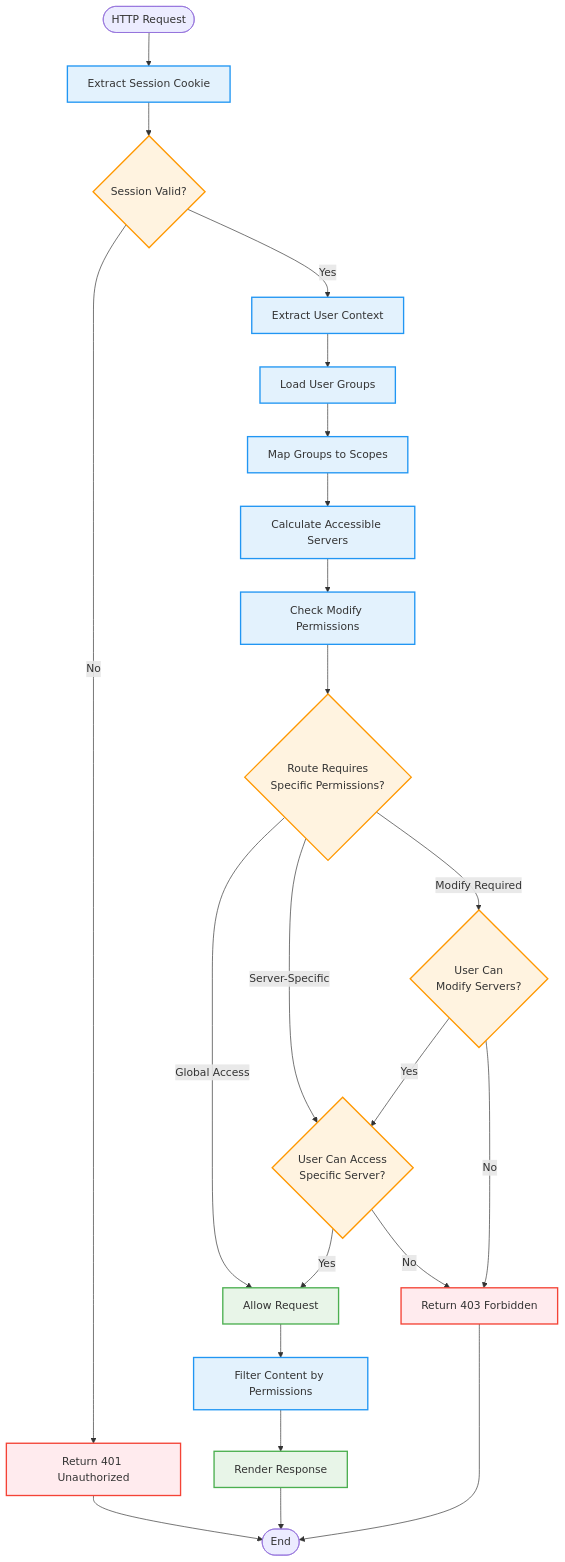
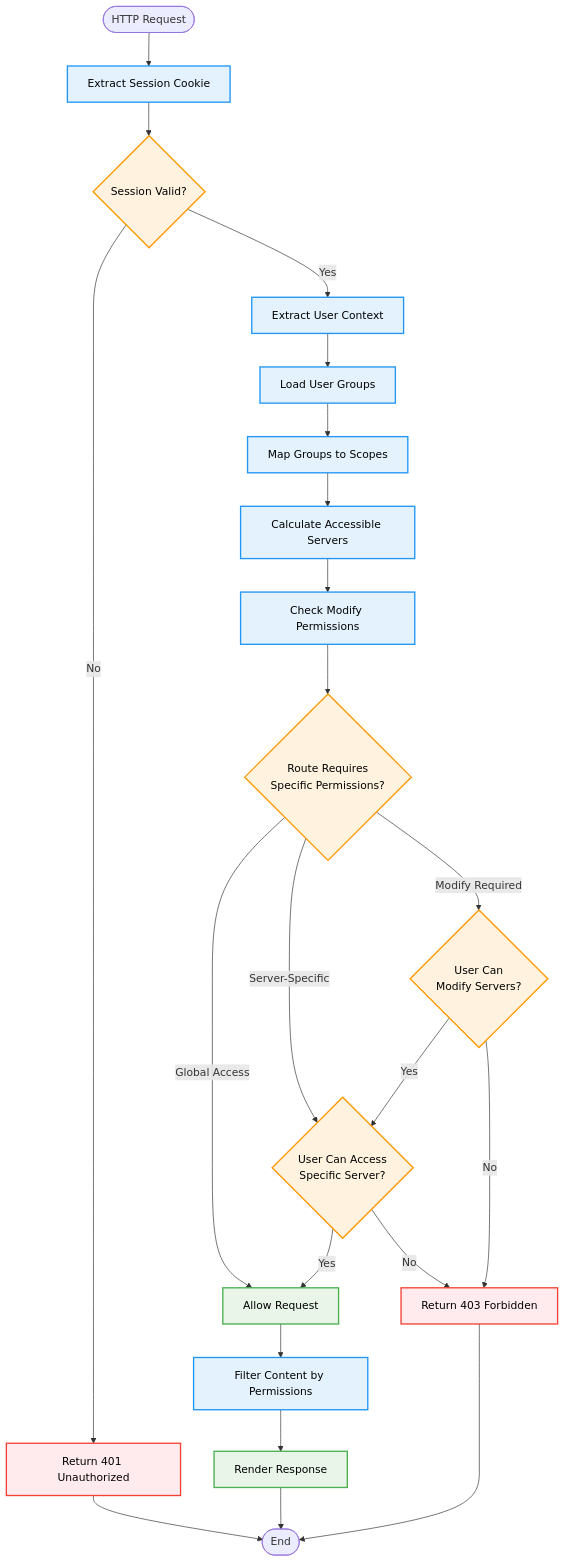
Before and after one commit to jrmatherly/mcp-registry-gateway: the tenth of 12 diagrams in docs/registry-auth-detailed.md, drawn with Mermaid. The commit also changed other lines of this file and 3 other files, not shown here.

First line of the commit message:
``` docs: add explicit black text color to all Mermaid diagram styles for dark mode compatibility

````diff
--- a/docs/registry-auth-detailed.md
+++ b/docs/registry-auth-detailed.md
@@ -1127,42 +1127,42 @@
 ```mermaid
 flowchart TD
     RequestStart([HTTP Request]) --> ExtractSession[Extract Session Cookie]
     ExtractSession --> ValidateSession{Session Valid?}
 
     ValidateSession -->|No| Unauthorized[Return 401 Unauthorized]
     ValidateSession -->|Yes| ExtractUserContext[Extract User Context]
 
     ExtractUserContext --> LoadGroups[Load User Groups]
     LoadGroups --> MapScopes[Map Groups to Scopes]
     MapScopes --> CalculateServers[Calculate Accessible Servers]
     CalculateServers --> CheckModifyPermission[Check Modify Permissions]
 
     CheckModifyPermission --> RouteSpecificCheck{Route Requires<br/>Specific Permissions?}
 
     RouteSpecificCheck -->|Global Access| AllowAccess[Allow Request]
     RouteSpecificCheck -->|Server-Specific| CheckServerAccess{User Can Access<br/>Specific Server?}
     RouteSpecificCheck -->|Modify Required| CheckModifyCapability{User Can<br/>Modify Servers?}
 
     CheckServerAccess -->|Yes| AllowAccess
     CheckServerAccess -->|No| Forbidden[Return 403 Forbidden]
 
     CheckModifyCapability -->|Yes| CheckServerAccess
     CheckModifyCapability -->|No| Forbidden
 
     AllowAccess --> FilterContent[Filter Content by Permissions]
     FilterContent --> RenderResponse[Render Response]
 
     Unauthorized --> End([End])
     Forbidden --> End
     RenderResponse --> End
 
-    classDef success fill:#e8f5e8,stroke:#4caf50,stroke-width:2px
-    classDef error fill:#ffebee,stroke:#f44336,stroke-width:2px
-    classDef process fill:#e3f2fd,stroke:#2196f3,stroke-width:2px
-    classDef decision fill:#fff3e0,stroke:#ff9800,stroke-width:2px
+    classDef success fill:#e8f5e8,stroke:#4caf50,stroke-width:2px,color:#000
+    classDef error fill:#ffebee,stroke:#f44336,stroke-width:2px,color:#000
+    classDef process fill:#e3f2fd,stroke:#2196f3,stroke-width:2px,color:#000
+    classDef decision fill:#fff3e0,stroke:#ff9800,stroke-width:2px,color:#000
 
     class AllowAccess,RenderResponse success
     class Unauthorized,Forbidden error
     class ExtractSession,ExtractUserContext,LoadGroups,MapScopes,CalculateServers,CheckModifyPermission,FilterContent process
          class ValidateSession,RouteSpecificCheck,CheckServerAccess,CheckModifyCapability decision
 ```
````
